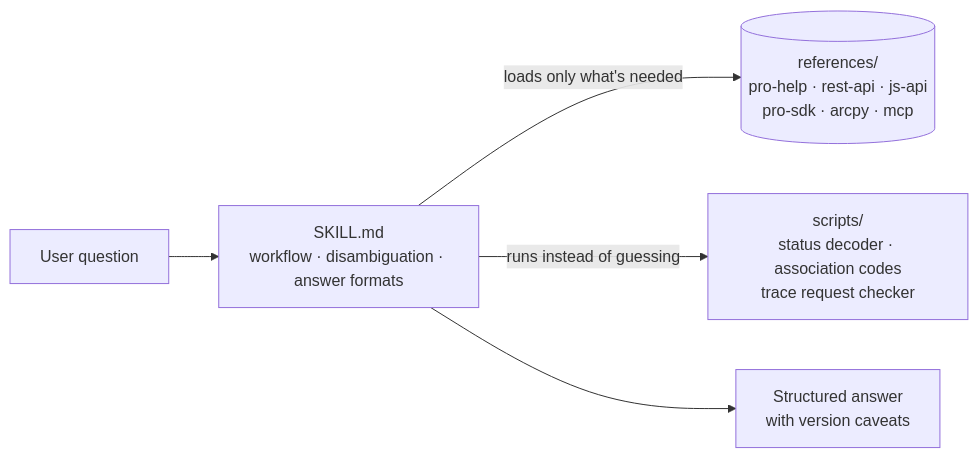
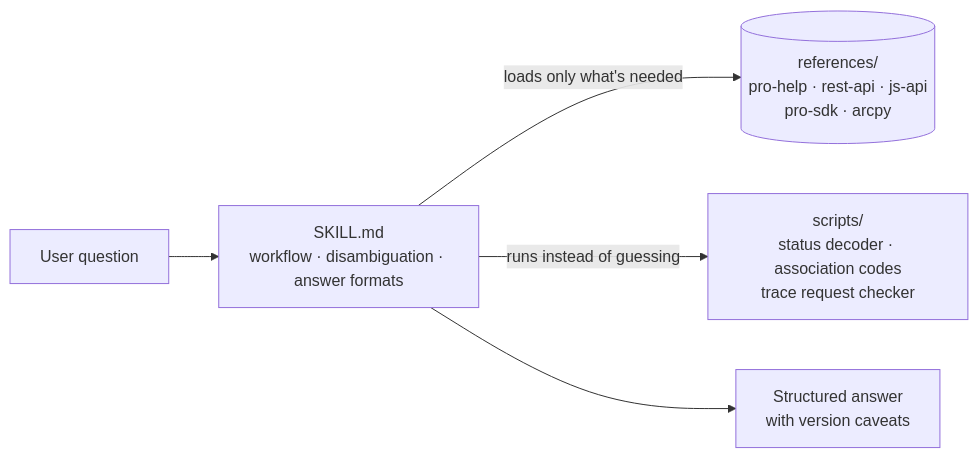
The diagram in README.md (sgdev279/esri-utility-network-skill), drawn with Mermaid before and after one commit. The commit also changed other lines of this file and 22 other files, not shown here.

First line of the commit message:
Remove all MCP content: repo is the skill only

````diff
--- a/README.md
+++ b/README.md
@@ -81,7 +75,7 @@
 ```mermaid
 flowchart LR
     Q[User question] --> S[SKILL.md<br/>workflow · disambiguation · answer formats]
-    S -->|loads only what's needed| R[(references/<br/>pro-help · rest-api · js-api<br/>pro-sdk · arcpy · mcp)]
+    S -->|loads only what's needed| R[(references/<br/>pro-help · rest-api · js-api<br/>pro-sdk · arcpy)]
     S -->|runs instead of guessing| T[scripts/<br/>status decoder · association codes<br/>trace request checker]
     S --> A[Structured answer<br/>with version caveats]
 ```
````
